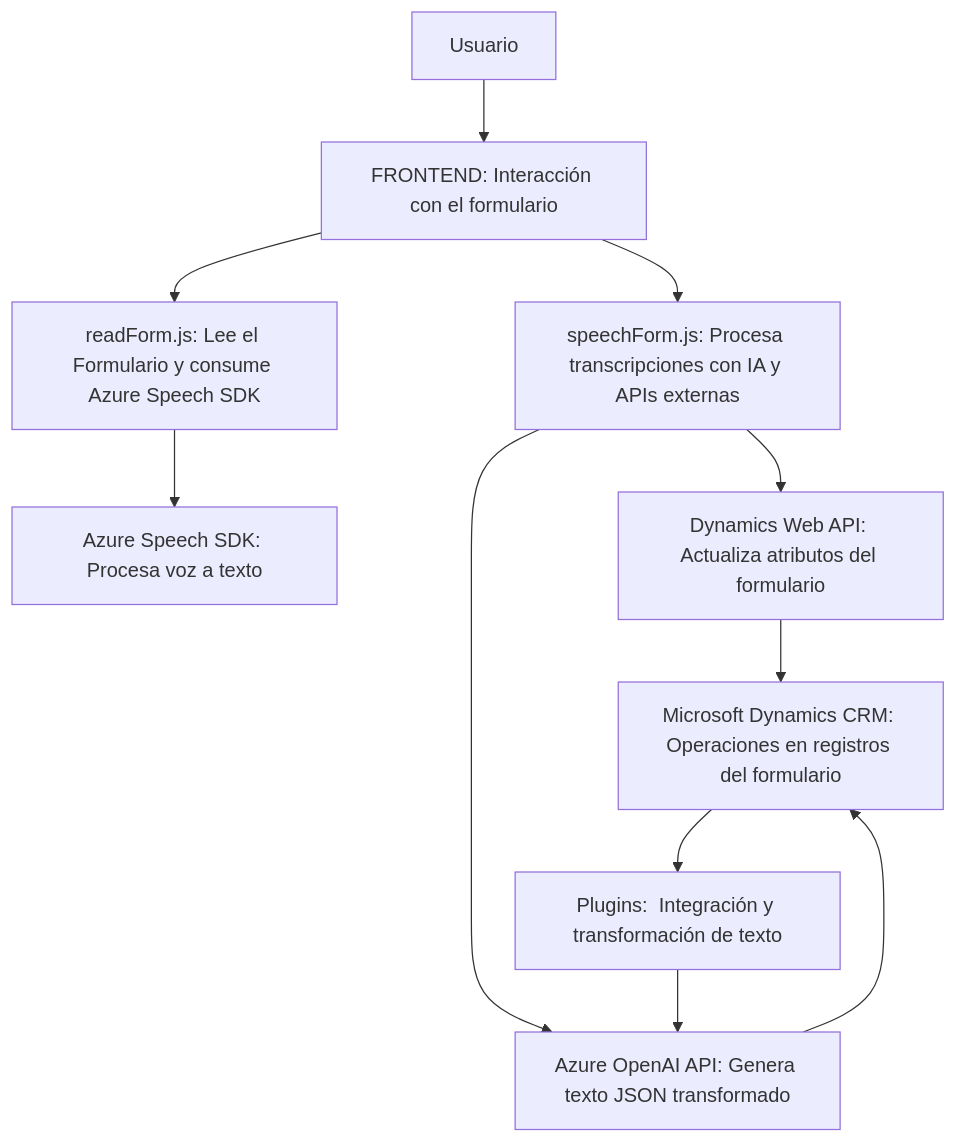
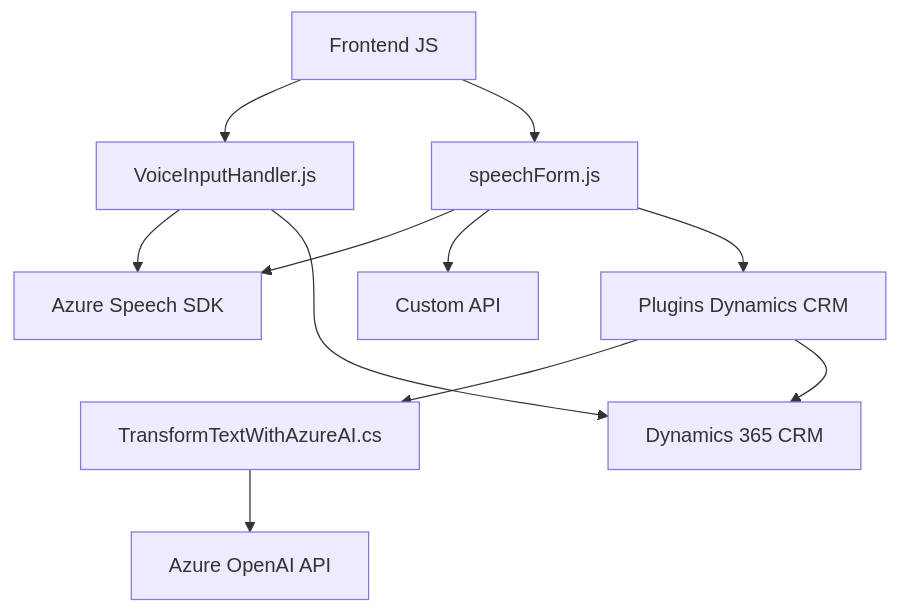
Before and after one commit to blopezdm/NETCORE_BILBAO2025: the diagram in README.md, drawn with Mermaid. The commit also changed other lines of this file, not shown here.

Commit message:
Actualizar análisis global de la solución con IA

````diff
--- a/README.md
+++ b/README.md
@@ -48,15 +52,14 @@
 ```mermaid
 graph TD
-    A["Usuario"] --> B["FRONTEND: Interacción con el formulario"]
-    B --> C["readForm.js: Lee el Formulario y consume Azure Speech SDK"]
-    C --> D["Azure Speech SDK: Procesa voz a texto"]
+    A["Frontend JS"] --> B["VoiceInputHandler.js"]
+    A --> C["speechForm.js"]
+    B --> D["Azure Speech SDK"]
+    C --> D
     
-    B --> E["speechForm.js: Procesa transcripciones con IA y APIs externas"]
-    E --> F["Dynamics Web API: Actualiza atributos del formulario"]
-    E --> G["Azure OpenAI API: Genera texto JSON transformado"]
-    
-    F --> H["Microsoft Dynamics CRM: Operaciones en registros del formulario"]
-    G --> H
-    H --> I["Plugins:  Integración y transformación de texto"]
-    I --> G
+    C --> E["Custom API"]
+    C --> F["Plugins Dynamics CRM"]
+    F --> G["TransformTextWithAzureAI.cs"]
+    G --> H["Azure OpenAI API"]
+    F --> I["Dynamics 365 CRM"]
+    B --> I
 ```
````
